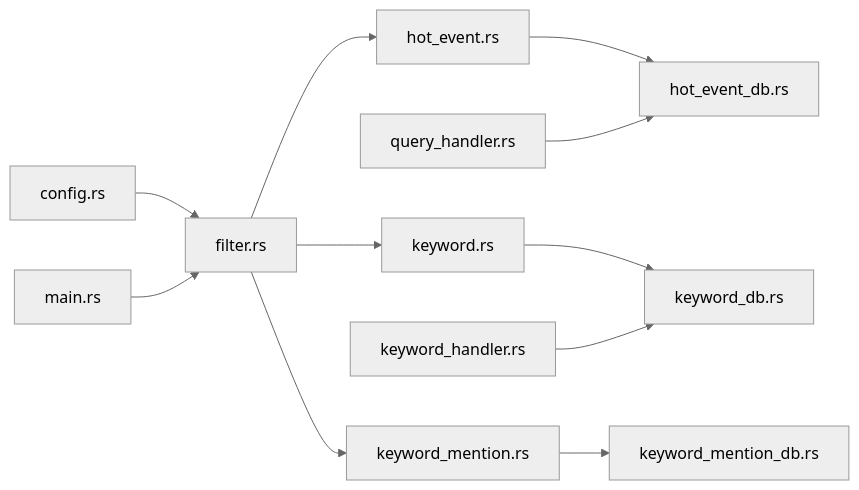
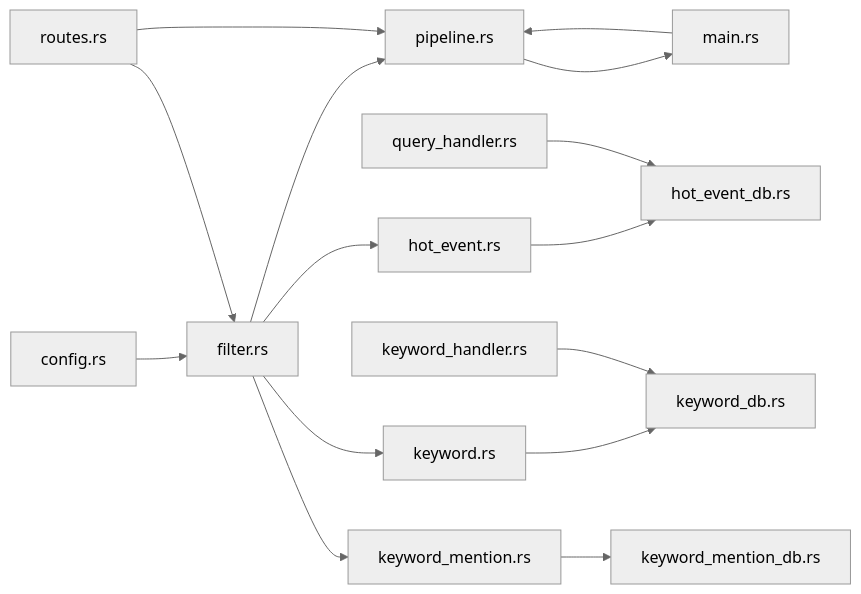
One commit to leimu-hue/AI-Trend-Tool changed the tenth of 10 diagrams in .qoder/repowiki/zh/content/核心模块详解/热点检测模块（Filter）/热点检测模块（Filter）.md. Above: the diagram before and after it, drawn with Mermaid (neutral theme). The commit also changed other lines of this file and 74 other files, not shown here.

````diff
--- a/.qoder/repowiki/zh/content/核心模块详解/热点检测模块（Filter）/热点检测模块（Filter）.md
+++ b/.qoder/repowiki/zh/content/核心模块详解/热点检测模块（Filter）/热点检测模块（Filter）.md
@@ -322,13 +419,17 @@
 ```mermaid
 graph LR
 CFG["config.rs"] --> F["filter.rs"]
+F --> PIPE["pipeline.rs"]
 F --> HE["hot_event.rs"]
 F --> KW["keyword.rs"]
 F --> KM["keyword_mention.rs"]
+PIPE --> MAIN["main.rs"]
+ROUTES["routes.rs"] --> F
+ROUTES --> PIPE
 HE --> DB_HE["hot_event_db.rs"]
 KW --> DB_KW["keyword_db.rs"]
 KM --> DB_KM["keyword_mention_db.rs"]
 H_KW["keyword_handler.rs"] --> DB_KW
 H_Q["query_handler.rs"] --> DB_HE
-MAIN["main.rs"] --> F
+MAIN --> PIPE
 ```
````
